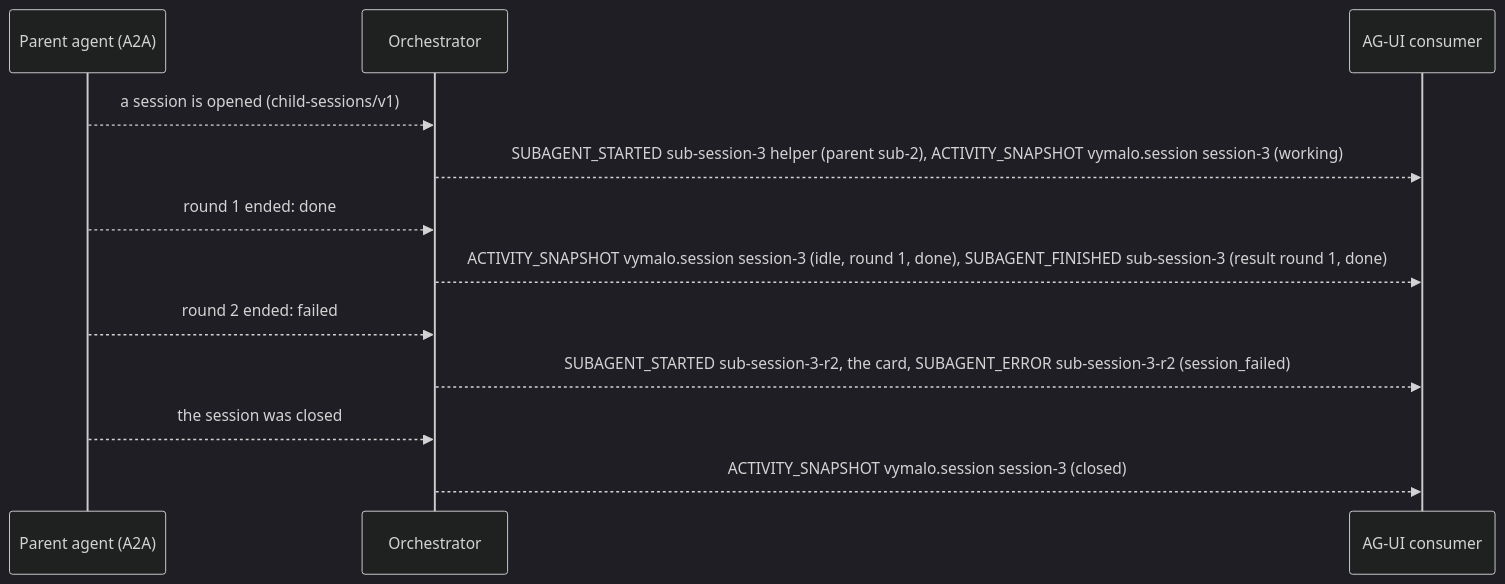
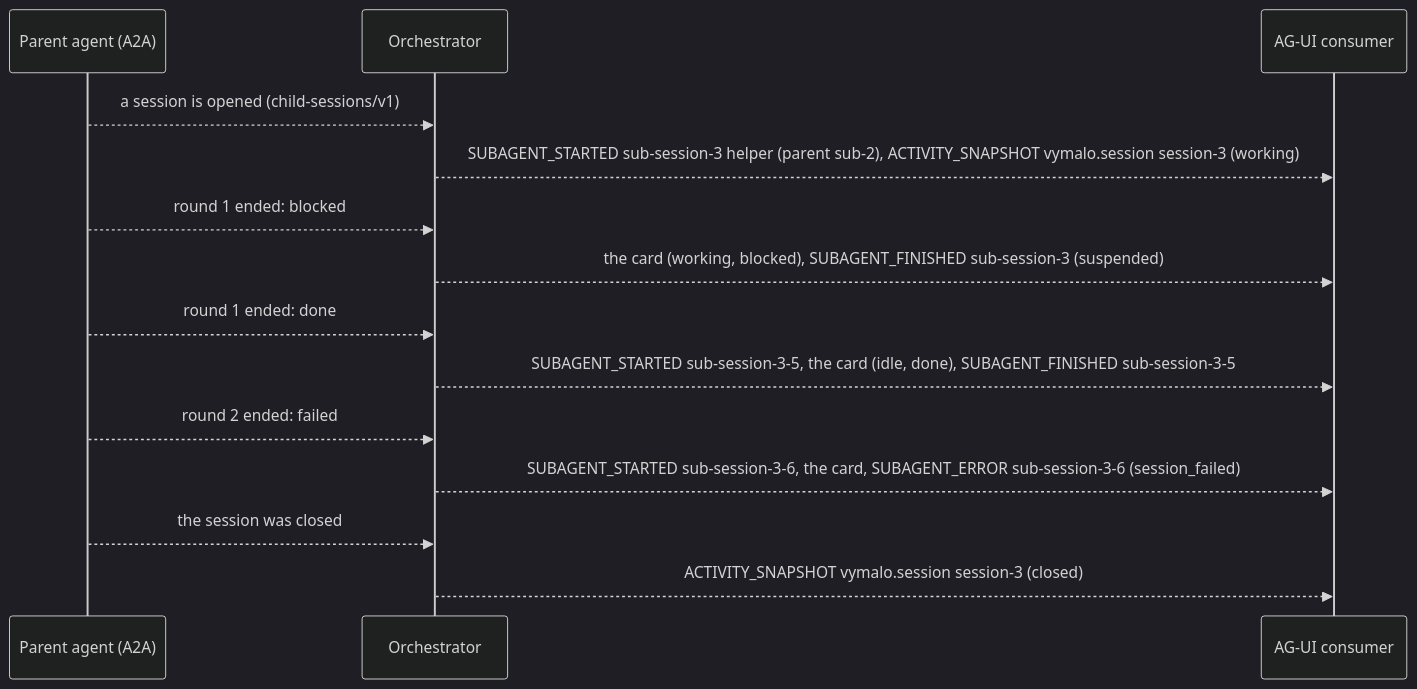
Diagram 11 of 23 in docs/api/agui.md (vymalo/another-agentic-system), drawn with Mermaid (dark theme) before and after one commit. The commit also changed other lines of this file and 21 other files, not shown here.

First line of the commit message:
fix(agui): a session report says every outcome of a round and never makes an agent turn (S2e review)

````diff
--- a/docs/api/agui.md
+++ b/docs/api/agui.md
@@ -945,14 +945,16 @@
 ```mermaid
 sequenceDiagram
   participant A as Parent agent (A2A)
   participant O as Orchestrator
   participant U as AG-UI consumer
   A-->>O: a session is opened (child-sessions/v1)
   O-->>U: SUBAGENT_STARTED sub-session-3 helper (parent sub-2), ACTIVITY_SNAPSHOT vymalo.session session-3 (working)
+  A-->>O: round 1 ended: blocked
+  O-->>U: the card (working, blocked), SUBAGENT_FINISHED sub-session-3 (suspended)
   A-->>O: round 1 ended: done
-  O-->>U: ACTIVITY_SNAPSHOT vymalo.session session-3 (idle, round 1, done), SUBAGENT_FINISHED sub-session-3 (result round 1, done)
+  O-->>U: SUBAGENT_STARTED sub-session-3-5, the card (idle, done), SUBAGENT_FINISHED sub-session-3-5
   A-->>O: round 2 ended: failed
-  O-->>U: SUBAGENT_STARTED sub-session-3-r2, the card, SUBAGENT_ERROR sub-session-3-r2 (session_failed)
+  O-->>U: SUBAGENT_STARTED sub-session-3-6, the card, SUBAGENT_ERROR sub-session-3-6 (session_failed)
   A-->>O: the session was closed
   O-->>U: ACTIVITY_SNAPSHOT vymalo.session session-3 (closed)
 ```
````
